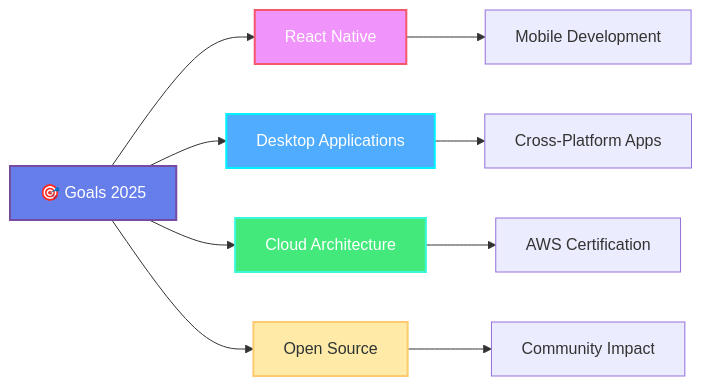
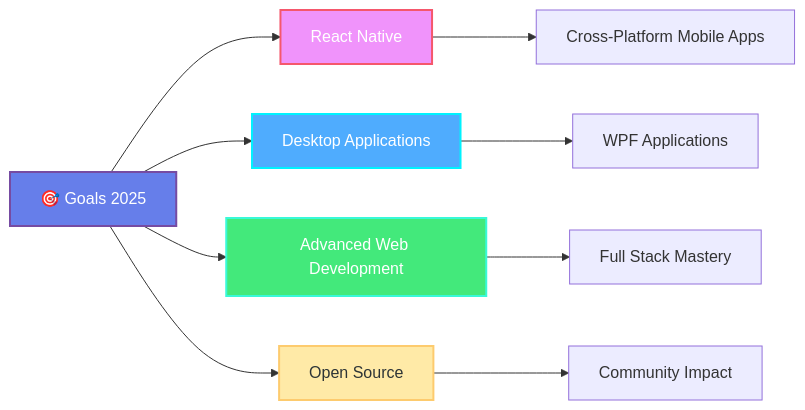
Before and after one commit to Mr-subrat-01/Mr-subrat-01: the diagram in README.md, drawn with Mermaid. The commit also changed other lines of this file, not shown here.

````diff
--- a/README.md
+++ b/README.md
@@ -86,17 +90,17 @@
 ```mermaid
 graph LR
     A[🎯 Goals 2025] --> B[React Native]
     A --> C[Desktop Applications]
-    A --> D[Cloud Architecture]
+    A --> D[Advanced Web Development]
     A --> E[Open Source]
-    B --> F[Mobile Development]
-    C --> G[Cross-Platform Apps]
-    D --> H[AWS Certification]
+    B --> F[Cross-Platform Mobile Apps]
+    C --> G[WPF Applications]
+    D --> H[Full Stack Mastery]
     E --> I[Community Impact]
     
     style A fill:#667eea,stroke:#764ba2,stroke-width:2px,color:#fff
     style B fill:#f093fb,stroke:#f5576c,stroke-width:2px,color:#fff
     style C fill:#4facfe,stroke:#00f2fe,stroke-width:2px,color:#fff
     style D fill:#43e97b,stroke:#38f9d7,stroke-width:2px,color:#fff
     style E fill:#ffeaa7,stroke:#fdcb6e,stroke-width:2px,color:#2d3436
 ```
````
